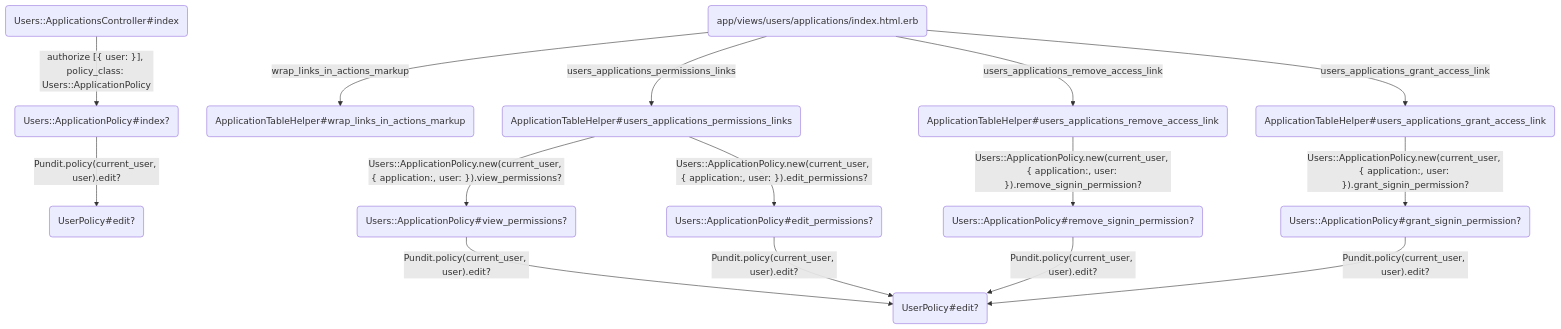
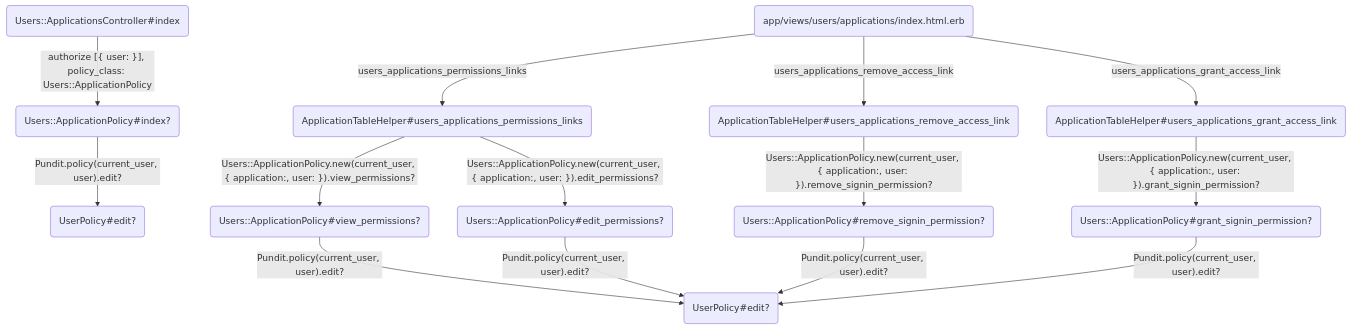
One commit to alphagov/signon changed the tenth of 18 diagrams in docs/access_and_permissions.md. Above: the diagram before and after it, drawn with Mermaid. The commit also changed other lines of this file and 6 other files, not shown here.

First line of the commit message:
Update applications table layout

````diff
--- a/docs/access_and_permissions.md
+++ b/docs/access_and_permissions.md
@@ -238,17 +237,16 @@
 ```mermaid
 flowchart TD
     A(Users::ApplicationsController#index) --authorize [{ user: }], policy_class: Users::ApplicationPolicy--> B(Users::ApplicationPolicy#index?)
     B --Pundit.policy(current_user, user).edit?--> C(UserPolicy#edit?)
-    D(app/views/users/applications/index.html.erb) --wrap_links_in_actions_markup--> E(ApplicationTableHelper#wrap_links_in_actions_markup)
-    D --users_applications_permissions_links--> F(ApplicationTableHelper#users_applications_permissions_links)
-    F --Users::ApplicationPolicy.new(current_user, { application:, user: }).view_permissions?--> G(Users::ApplicationPolicy#view_permissions?)
-    G --Pundit.policy(current_user, user).edit?--> H(UserPolicy#edit?)
-    F --Users::ApplicationPolicy.new(current_user, { application:, user: }).edit_permissions?--> I(Users::ApplicationPolicy#edit_permissions?)
-    I --Pundit.policy(current_user, user).edit?--> H
-    D --users_applications_remove_access_link--> J(ApplicationTableHelper#users_applications_remove_access_link)
-    J --Users::ApplicationPolicy.new(current_user, { application:, user: }).remove_signin_permission?--> K(Users::ApplicationPolicy#remove_signin_permission?)
-    K --Pundit.policy(current_user, user).edit?--> H
-    D --users_applications_grant_access_link--> L(ApplicationTableHelper#users_applications_grant_access_link)
-    L --Users::ApplicationPolicy.new(current_user, { application:, user: }).grant_signin_permission?--> M(Users::ApplicationPolicy#grant_signin_permission?)
-    M --Pundit.policy(current_user, user).edit?--> H
+    D(app/views/users/applications/index.html.erb) --users_applications_permissions_links--> E(ApplicationTableHelper#users_applications_permissions_links)
+    E --Users::ApplicationPolicy.new(current_user, { application:, user: }).view_permissions?--> F(Users::ApplicationPolicy#view_permissions?)
+    F --Pundit.policy(current_user, user).edit?--> G(UserPolicy#edit?)
+    E --Users::ApplicationPolicy.new(current_user, { application:, user: }).edit_permissions?--> H(Users::ApplicationPolicy#edit_permissions?)
+    H --Pundit.policy(current_user, user).edit?--> G
+    D --users_applications_remove_access_link--> I(ApplicationTableHelper#users_applications_remove_access_link)
+    I --Users::ApplicationPolicy.new(current_user, { application:, user: }).remove_signin_permission?--> J(Users::ApplicationPolicy#remove_signin_permission?)
+    J --Pundit.policy(current_user, user).edit?--> G
+    D --users_applications_grant_access_link--> K(ApplicationTableHelper#users_applications_grant_access_link)
+    K --Users::ApplicationPolicy.new(current_user, { application:, user: }).grant_signin_permission?--> L(Users::ApplicationPolicy#grant_signin_permission?)
+    L --Pundit.policy(current_user, user).edit?--> G
 ```
````
